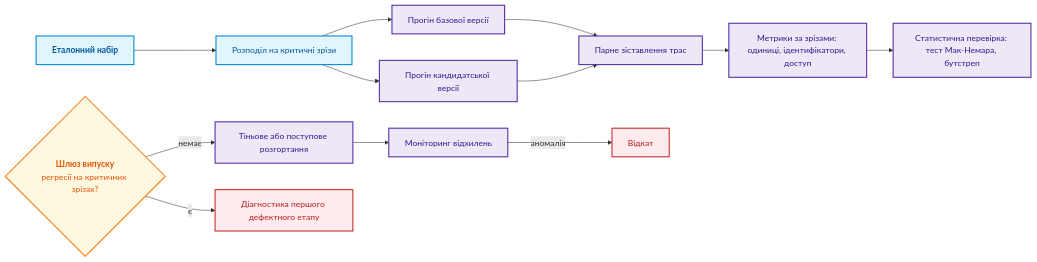
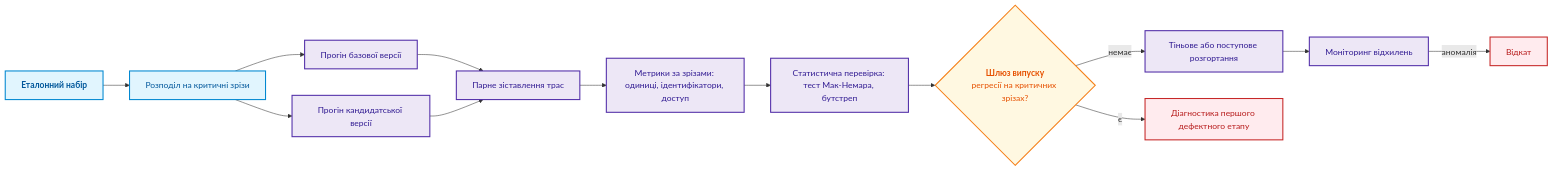
One commit to nick-fedchik/articles changed the seventh of 8 diagrams in ExpertSystem/ch19-from-question-to-evidence.md. Above: the diagram before and after it, drawn with Mermaid. The commit also changed other lines of this file and 7 other files, not shown here.

````diff
--- a/ExpertSystem/ch19-from-question-to-evidence.md
+++ b/ExpertSystem/ch19-from-question-to-evidence.md
@@ -954,28 +1075,29 @@
 ```mermaid
 flowchart LR
     accTitle: Регресійне оцінювання конвеєра здобуття знань
     accDescr: Базову й кандидатську версії запускають на тих самих зрізах еталонного набору, порівнюють парно, перевіряють статистично й допускають до тіньового розгортання з можливістю відкату.
 
     M["<b>Еталонний набір</b>"] --> SPLIT["Розподіл на критичні зрізи"]
     SPLIT --> B["Прогін базової версії"]
     SPLIT --> C["Прогін кандидатської версії"]
     B --> PAIR["Парне зіставлення трас"]
     C --> PAIR
     PAIR --> SL["Метрики за зрізами: одиниці, ідентифікатори, доступ"]
     SL --> STAT["Статистична перевірка: тест Мак-Немара, бутстреп"]
+    STAT --> GATE
     GATE{"<b>Шлюз випуску</b><br/>регресії на критичних зрізах?"}
     GATE -->|немає| SHADOW["Тіньове або поступове розгортання"]
     GATE -->|є| DIAG["Діагностика першого дефектного етапу"]
     SHADOW --> MON["Моніторинг відхилень"]
     MON -->|аномалія| ROLL["Відкат"]
 
     classDef src fill:#e1f5fe,stroke:#0288d1,stroke-width:2px,color:#01579b;
     classDef run fill:#ede7f6,stroke:#512da8,stroke-width:2px,color:#311b92;
     classDef gate fill:#fff8e1,stroke:#f57f17,stroke-width:2px,color:#e65100;
     classDef err fill:#ffebee,stroke:#c62828,stroke-width:2px,color:#b71c1c;
 
     class M,SPLIT src;
     class B,C,PAIR,SL,STAT,SHADOW,MON run;
     class GATE gate;
     class DIAG,ROLL err;
 ```
````
